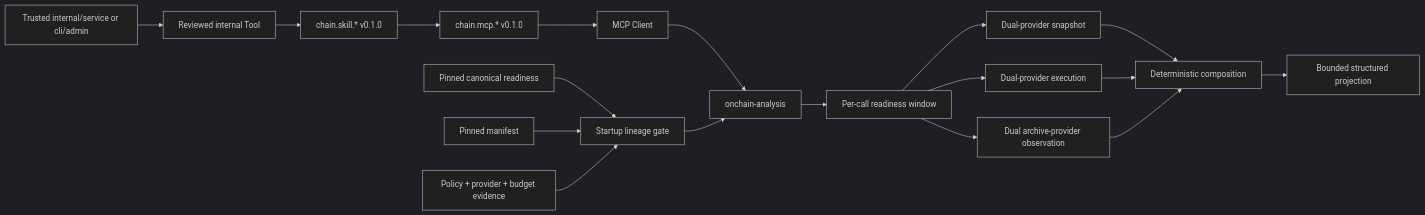
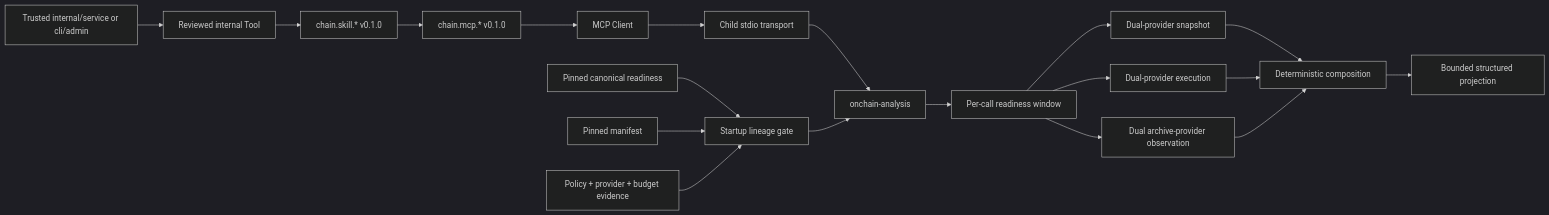
Before and after one commit to orbitrelaylabs/xxyy-ask: the third of 3 diagrams in docs/capability-plane.md, drawn with Mermaid (dark theme). The commit also changed other lines of this file and 85 other files, not shown here.

````diff
--- a/docs/capability-plane.md
+++ b/docs/capability-plane.md
@@ -62,21 +70,22 @@
 ```mermaid
 flowchart LR
   Internal["Trusted internal/service or cli/admin"] --> Tool["Reviewed internal Tool"]
   Tool --> Skill["chain.skill.* v0.1.0"]
   Skill --> MCP["chain.mcp.* v0.1.0"]
   MCP --> Client["MCP Client"]
-  Client --> Server["onchain-analysis"]
+  Client --> Stdio["Child stdio transport"]
+  Stdio --> Server["onchain-analysis"]
   Server --> TimeGate["Per-call readiness window"]
   TimeGate --> Snapshot["Dual-provider snapshot"]
   TimeGate --> Execution["Dual-provider execution"]
   TimeGate --> Observation["Dual archive-provider observation"]
   Snapshot --> Harness["Deterministic composition"]
   Execution --> Harness
   Observation --> Harness
   Harness --> Projection["Bounded structured projection"]
 
   Attestation["Pinned canonical readiness"] --> Startup["Startup lineage gate"]
   Manifest["Pinned manifest"] --> Startup
   Evidence["Policy + provider + budget evidence"] --> Startup
   Startup --> Server
 ```
````
